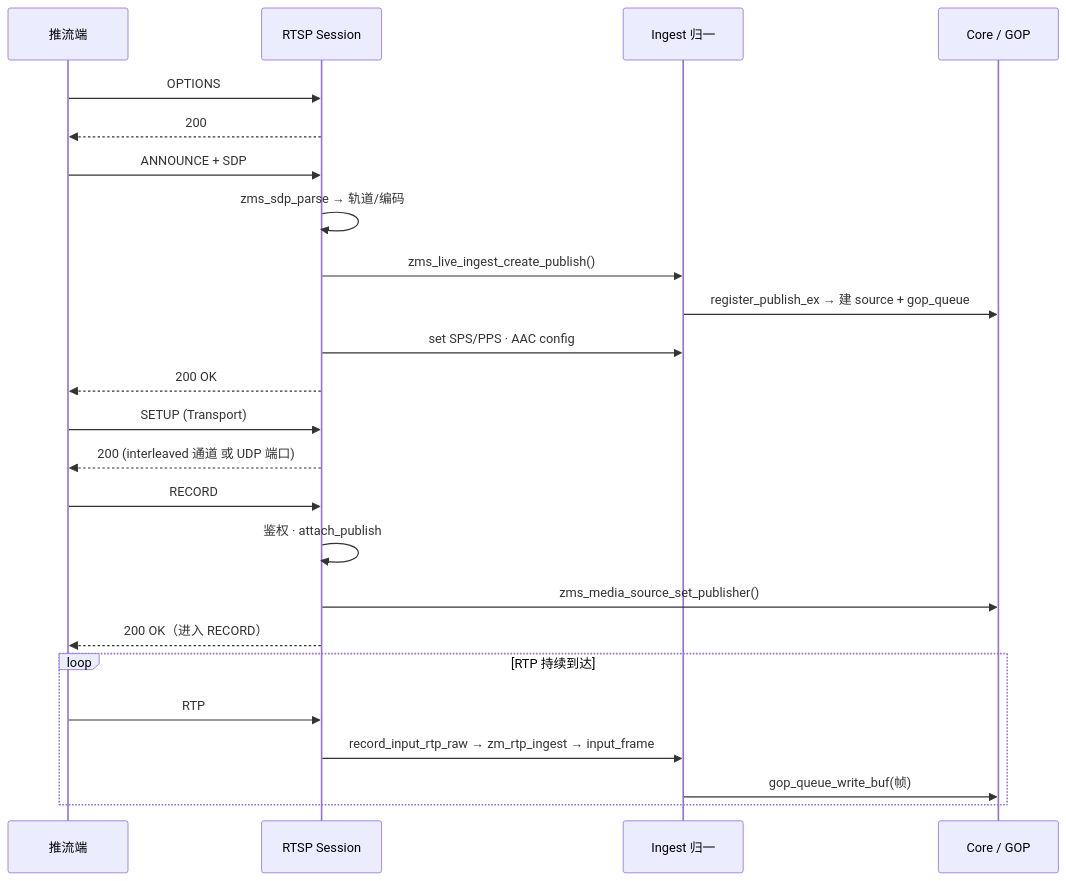
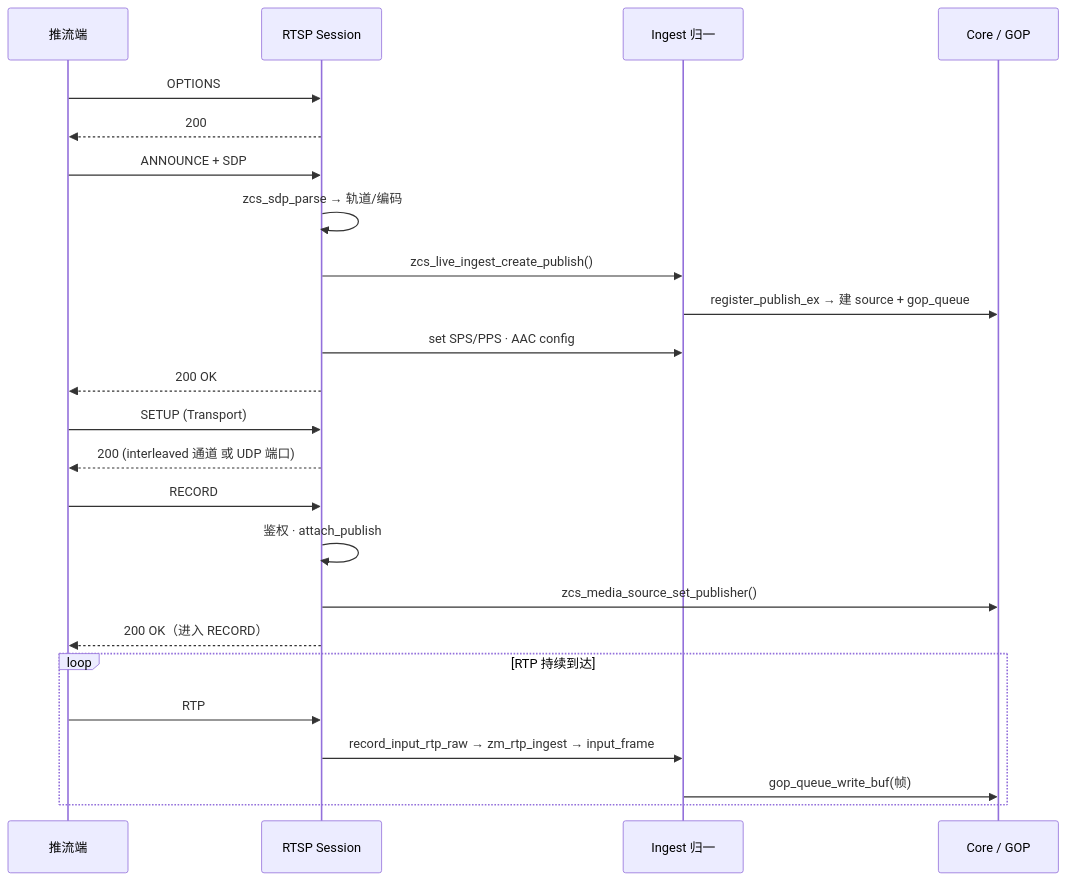
Before and after one commit to zero-pipe/zstorage: the second of 5 diagrams in docs/stream-pipeline.md, drawn with Mermaid. The commit also changed other lines of this file and 761 other files, not shown here.

First line of the commit message:
全局重命名: zms -> zcs (zero cloud storage)

````diff
--- a/docs/stream-pipeline.md
+++ b/docs/stream-pipeline.md
@@ -215,27 +215,27 @@
 ```mermaid
 sequenceDiagram
   participant C as 推流端
   participant S as RTSP Session
   participant I as Ingest 归一
   participant H as Core / GOP
 
   C->>S: OPTIONS
   S-->>C: 200
   C->>S: ANNOUNCE + SDP
-  S->>S: zms_sdp_parse → 轨道/编码
-  S->>I: zms_live_ingest_create_publish()
+  S->>S: zcs_sdp_parse → 轨道/编码
+  S->>I: zcs_live_ingest_create_publish()
   I->>H: register_publish_ex → 建 source + gop_queue
   S->>I: set SPS/PPS · AAC config
   S-->>C: 200 OK
   C->>S: SETUP (Transport)
   S-->>C: 200 (interleaved 通道 或 UDP 端口)
   C->>S: RECORD
   S->>S: 鉴权 · attach_publish
-  S->>H: zms_media_source_set_publisher()
+  S->>H: zcs_media_source_set_publisher()
   S-->>C: 200 OK（进入 RECORD）
   loop RTP 持续到达
     C->>S: RTP
     S->>I: record_input_rtp_raw → zm_rtp_ingest → input_frame
     I->>H: gop_queue_write_buf(帧)
   end
 ```
````
